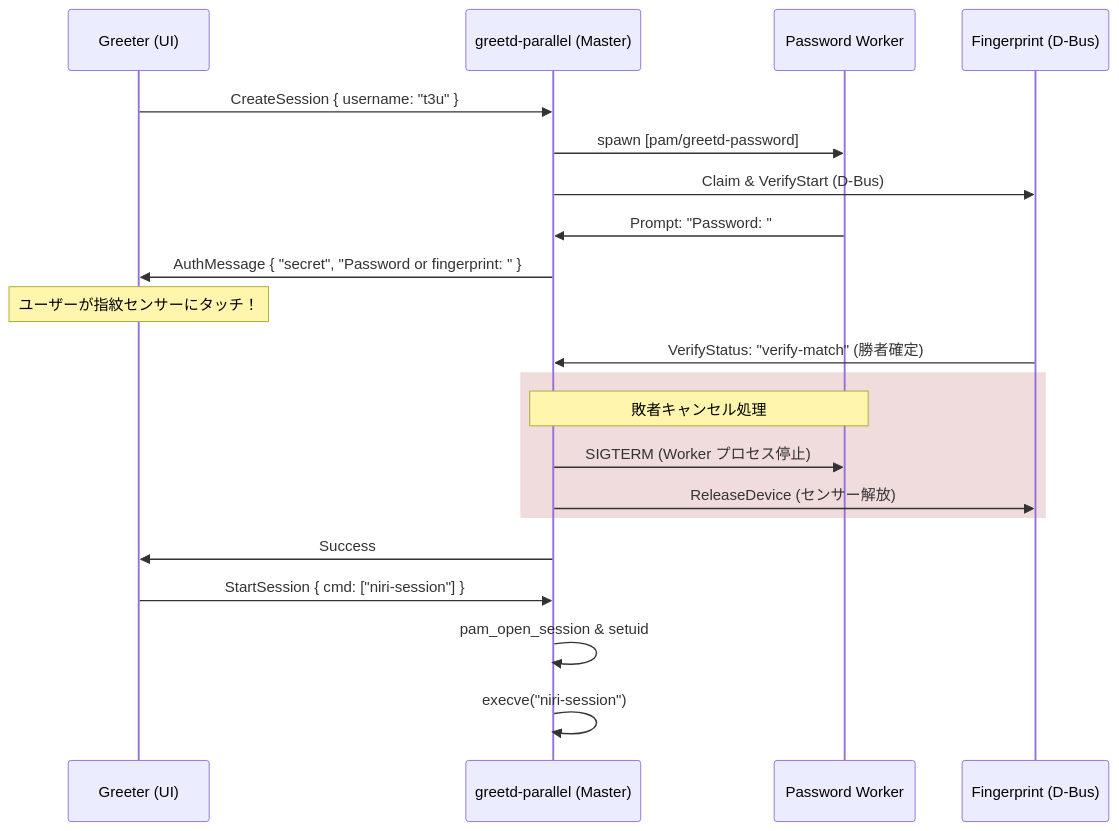
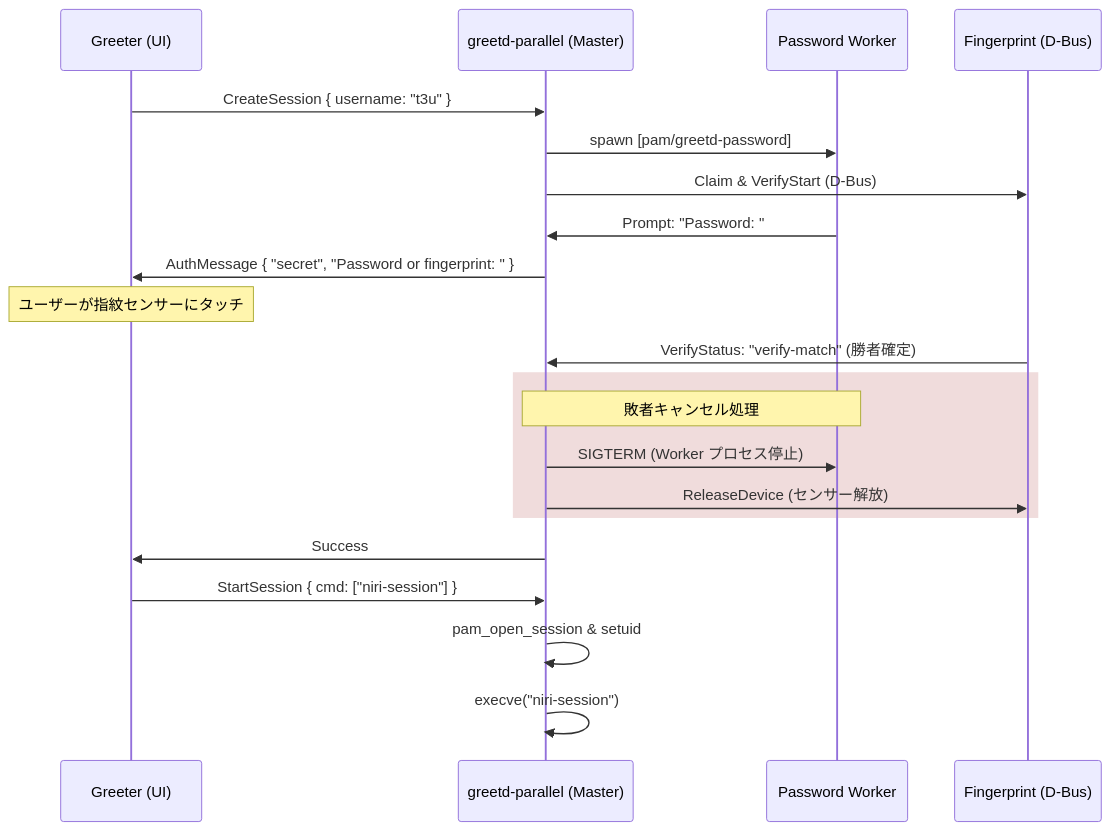
Before and after one commit to t3u-tsu/nix-config: the second of 2 diagrams in docs/research/greetd-parallel-design.md, drawn with Mermaid. The commit also changed other lines of this file and 37 other files, not shown here.

````diff
--- a/docs/research/greetd-parallel-design.md
+++ b/docs/research/greetd-parallel-design.md
@@ -85,27 +97,27 @@
 ```mermaid
 sequenceDiagram
     participant G as Greeter (UI)
     participant M as greetd-parallel (Master)
     participant PW as Password Worker
     participant FW as Fingerprint (D-Bus)
 
     G->>M: CreateSession { username: "t3u" }
     M->>PW: spawn [pam/greetd-password]
     M->>FW: Claim & VerifyStart (D-Bus)
     PW->>M: Prompt: "Password: "
     M->>G: AuthMessage { "secret", "Password or fingerprint: " }
 
-    Note over G: ユーザーが指紋センサーにタッチ！
+    Note over G: ユーザーが指紋センサーにタッチ
     FW->>M: VerifyStatus: "verify-match" (勝者確定)
 
     rect rgb(240, 220, 220)
     Note over M,PW: 敗者キャンセル処理
     M->>PW: SIGTERM (Worker プロセス停止)
     M->>FW: ReleaseDevice (センサー解放)
     end
 
     M->>G: Success
     G->>M: StartSession { cmd: ["niri-session"] }
     M->>M: pam_open_session & setuid
     M->>M: execve("niri-session")
 ```
````
